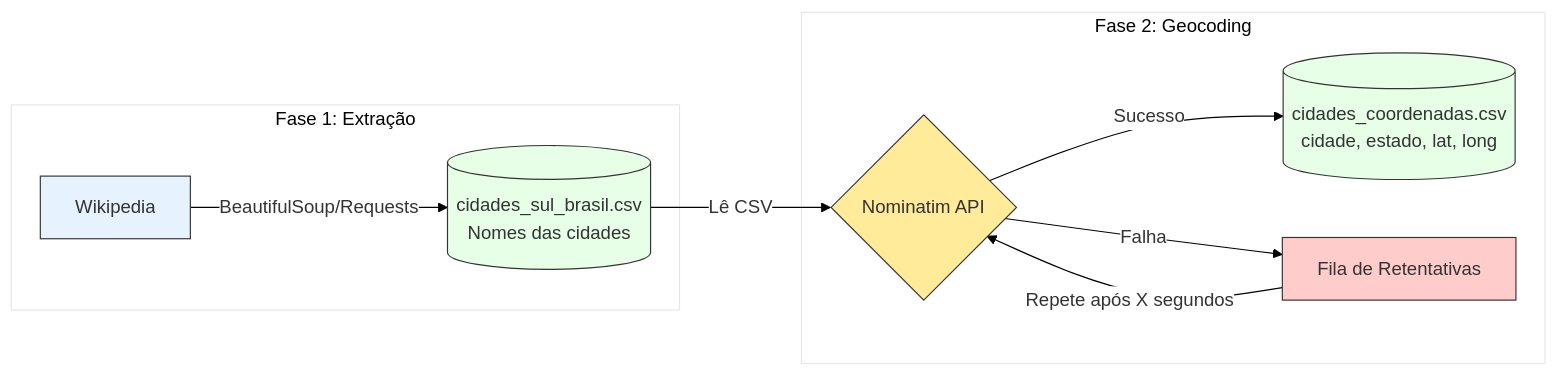
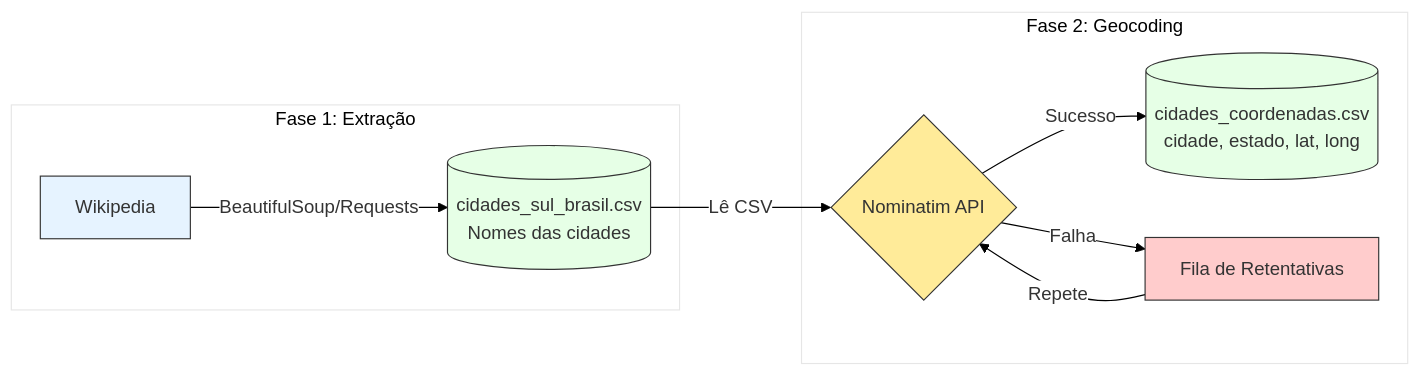
One commit to luizcaixeta/case_tecnico_10_pasteis changed the first of 2 diagrams in README.md. Above: the diagram before and after it, drawn with Mermaid.

````diff
--- a/README.md
+++ b/README.md
@@ -23,20 +23,20 @@
 ```mermaid
 %%{init: {'theme': 'base', 'themeVariables': { 'primaryColor': '#ffffff', 'background': '#ffffff', 'primaryBorderColor': '#000000', 'lineColor': '#000000'}}}%%
 flowchart LR
     subgraph "Fase 1: Extração"
         A[Wikipedia] -->|BeautifulSoup/Requests| B[("cidades_sul_brasil.csv"\nNomes das cidades)]
     end
 
     subgraph "Fase 2: Geocoding"
         B -->|Lê CSV| C{Nominatim API}
         C -->|Sucesso| D[("cidades_coordenadas.csv"\ncidade, estado, lat, long)]
         C -->|Falha| E[Fila de Retentativas]
-        E -->|Repete após X segundos| C
+        E -->|Repete| C
     end
 
     style A fill:#e6f3ff,stroke:#333
     style B fill:#e6ffe6,stroke:#333
     style C fill:#ffeb99,stroke:#333
     style D fill:#e6ffe6,stroke:#333
     style E fill:#ffcccc,stroke:#333
 ```
````
